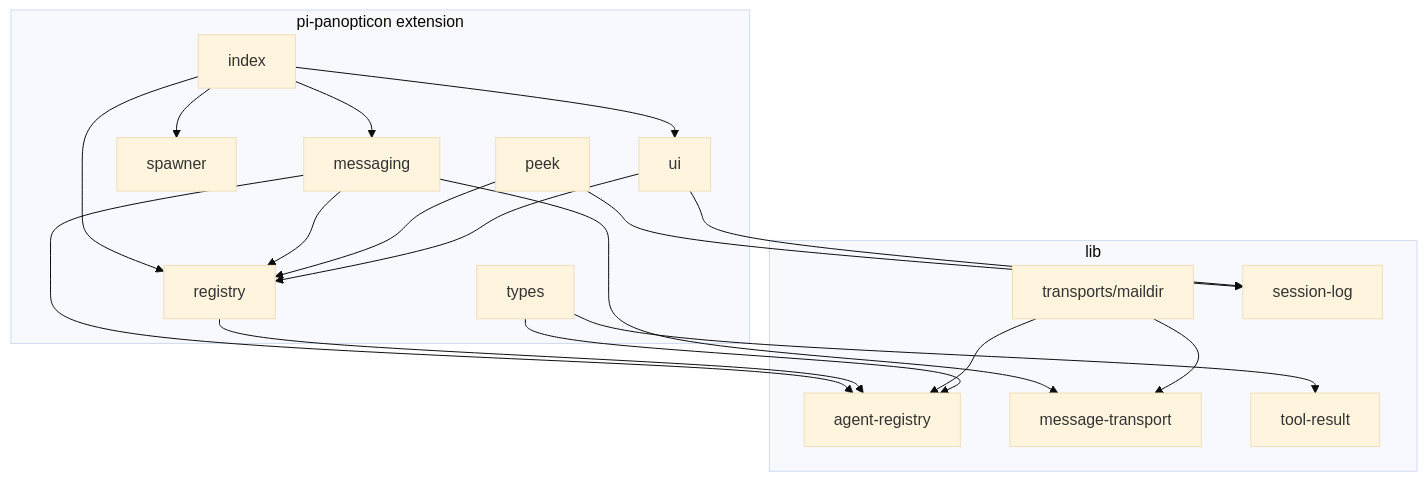
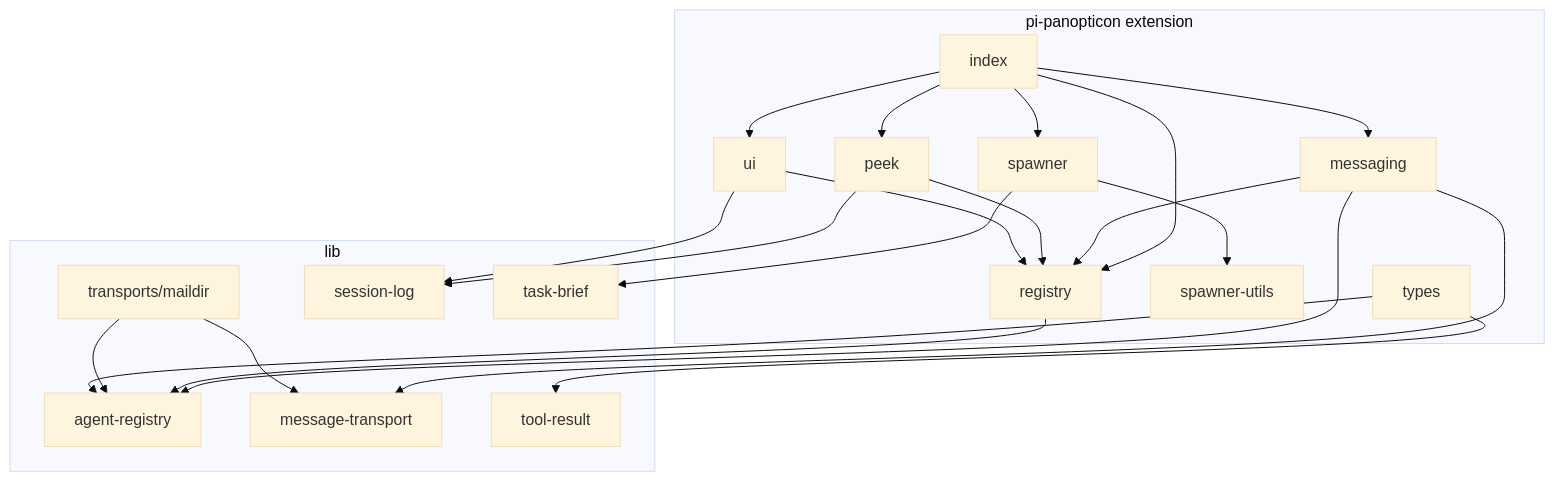
One commit to tS7hKamAYL84j91/pi-tools-and-skills changed the third of 3 diagrams in docs/C4-Code.md. Above: the diagram before and after it, drawn with Mermaid (base theme). The commit also changed other lines of this file and 4 other files, not shown here.

First line of the commit message:
docs(architecture): add spawner-utils, task-brief, update data flows

````diff
--- a/docs/C4-Code.md
+++ b/docs/C4-Code.md
@@ -154,37 +171,42 @@
 ```mermaid
 graph TD
     subgraph "pi-panopticon extension"
         id_10[index]
         id_11[registry]
         id_12[messaging]
         id_13[spawner]
+        id_13b[spawner-utils]
         id_14[peek]
         id_15[ui]
         id_16[types]
     end
 
     subgraph "lib"
         id_17[agent-registry]
         id_18[message-transport]
         id_19[transports/maildir]
         id_20[session-log]
         id_21[tool-result]
+        id_23[task-brief]
     end
 
     id_10 --> id_11
     id_10 --> id_12
     id_10 --> id_13
+    id_10 --> id_14
     id_10 --> id_15
     id_12 --> id_11
     id_12 --> id_18
     id_12 --> id_17
+    id_13 --> id_13b
+    id_13 --> id_23
     id_14 --> id_11
     id_14 --> id_20
     id_15 --> id_11
     id_15 --> id_20
     id_11 --> id_17
     id_19 --> id_18
     id_19 --> id_17
     id_16 --> id_17
     id_16 --> id_21
 ```
````
